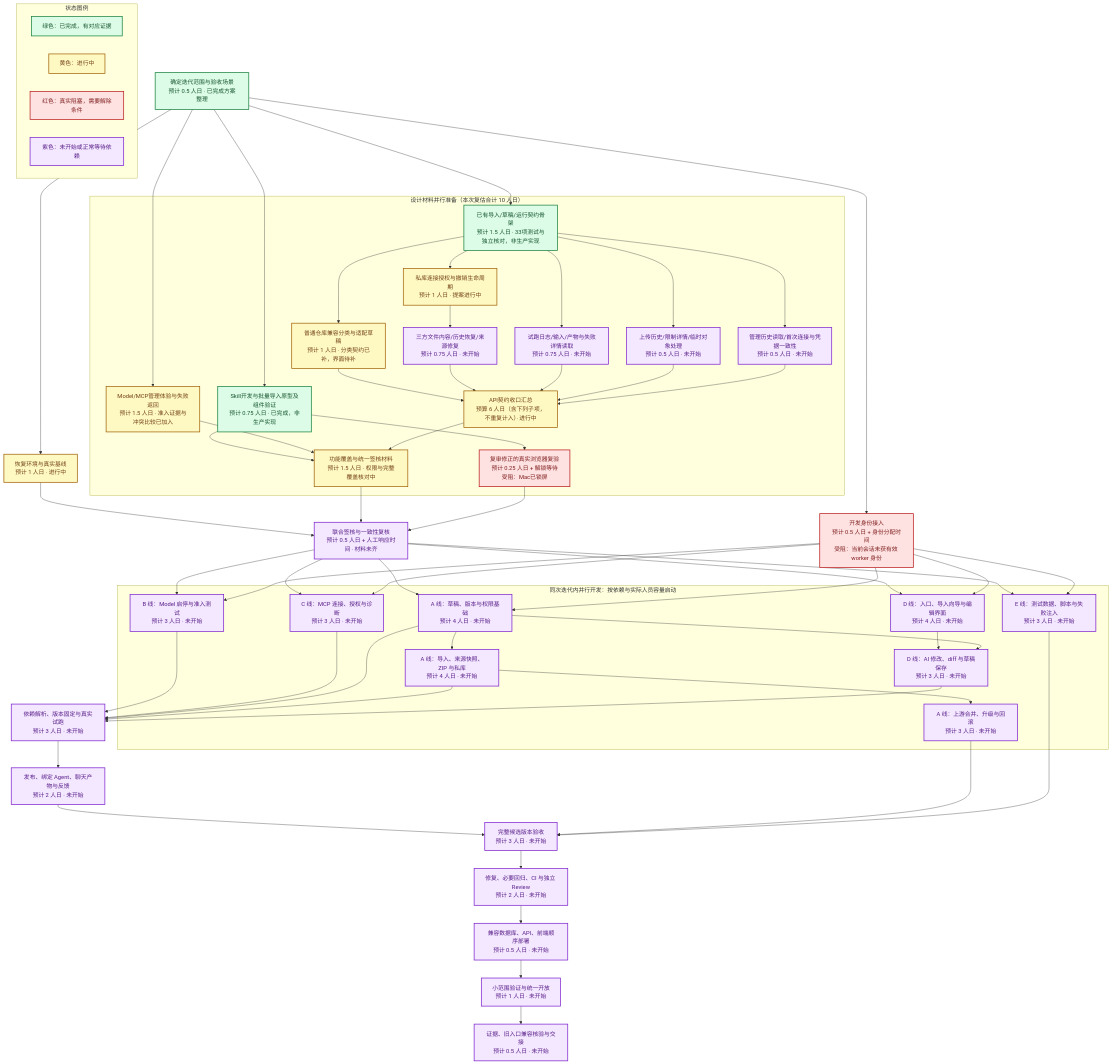
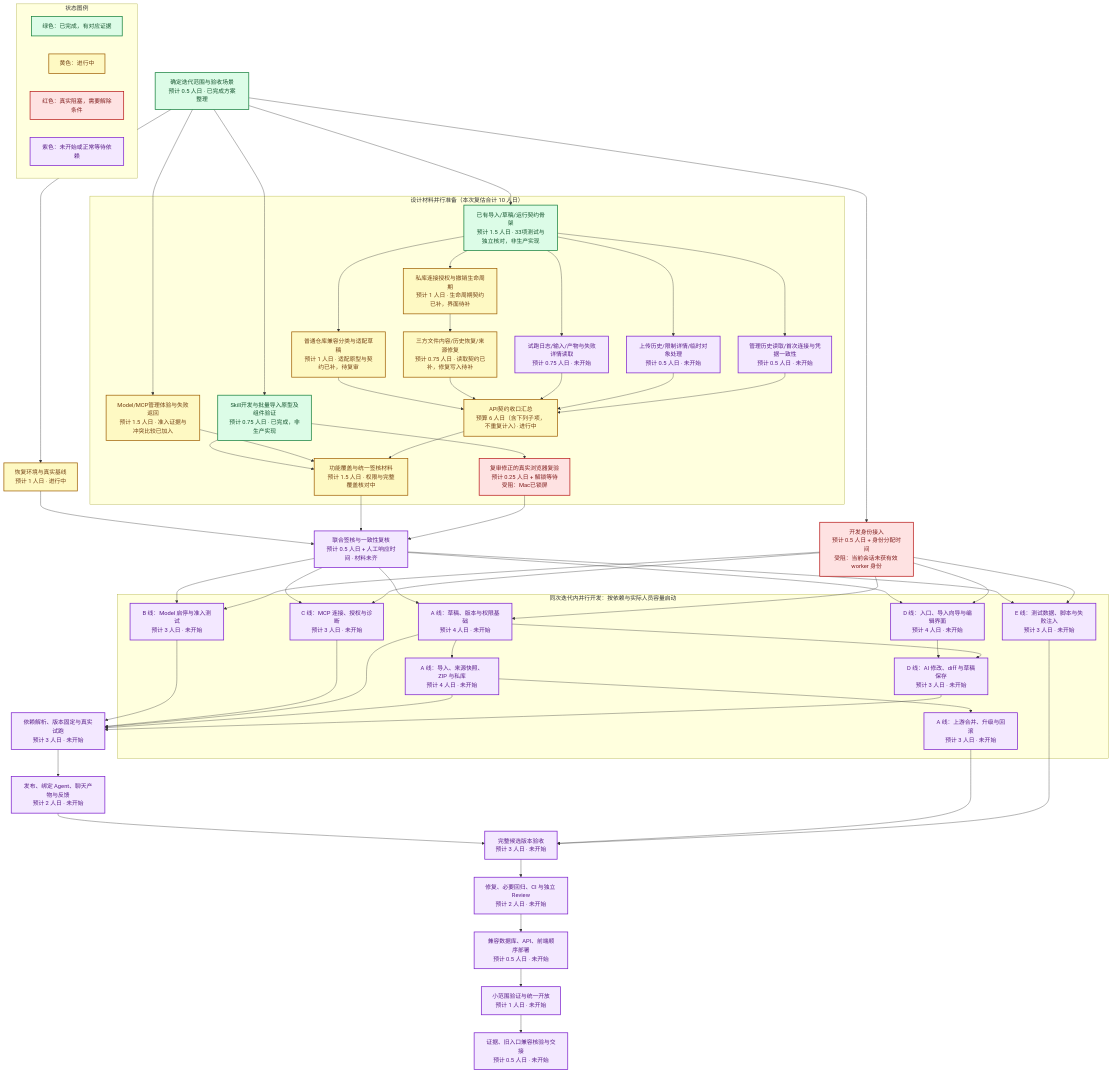
One commit to boardx/workspacex changed the diagram in docs/design/ai-capability-studio-e2e-plan-2026-09-09.md. Above: the diagram before and after it, drawn with Mermaid. The commit also changed other lines of this file and 10 other files, not shown here.

````diff
--- a/docs/design/ai-capability-studio-e2e-plan-2026-09-09.md
+++ b/docs/design/ai-capability-studio-e2e-plan-2026-09-09.md
@@ -224,10 +224,10 @@
         C1 --> C4
         C2 --> C4
         C30["已有导入/草稿/运行契约骨架<br/>预计 1.5 人日 · 33项测试与独立核对，非生产实现"]
-        C31["普通仓库兼容分类与适配草稿<br/>预计 1 人日 · 分类契约已补，界面待补"]
-        C32["私库连接授权与撤销生命周期<br/>预计 1 人日 · 提案进行中"]
+        C31["普通仓库兼容分类与适配草稿<br/>预计 1 人日 · 适配原型与契约已补，待复审"]
+        C32["私库连接授权与撤销生命周期<br/>预计 1 人日 · 生命周期契约已补，界面待补"]
         C33["试跑日志/输入/产物与失败详情读取<br/>预计 0.75 人日 · 未开始"]
-        C34["三方文件内容/历史恢复/来源修复<br/>预计 0.75 人日 · 未开始"]
+        C34["三方文件内容/历史恢复/来源修复<br/>预计 0.75 人日 · 读取契约已补，修复写入待补"]
         C35["上传历史/限制详情/临时对象处理<br/>预计 0.5 人日 · 未开始"]
         C36["管理历史读取/首次连接与凭据一致性<br/>预计 0.5 人日 · 未开始"]
         C30 --> C31 --> C3
@@ -296,7 +296,7 @@
     classDef blocked fill:#fee2e2,stroke:#b91c1c,color:#7f1d1d,stroke-width:2px;
     classDef pending fill:#f3e8ff,stroke:#7e22ce,color:#581c87,stroke-width:2px;
     class A,C1,C30,LG done;
-    class B,C2,C3,C4,C31,C32,LY active;
+    class B,C2,C3,C4,C31,C32,C34,LY active;
     class X,Y,LR blocked;
-    class C33,C34,C35,C36,G,D,I,U,M,P,F,E,T,R,H,V,J,K,L,Z,LP pending;
+    class C33,C35,C36,G,D,I,U,M,P,F,E,T,R,H,V,J,K,L,Z,LP pending;
 ```
````
